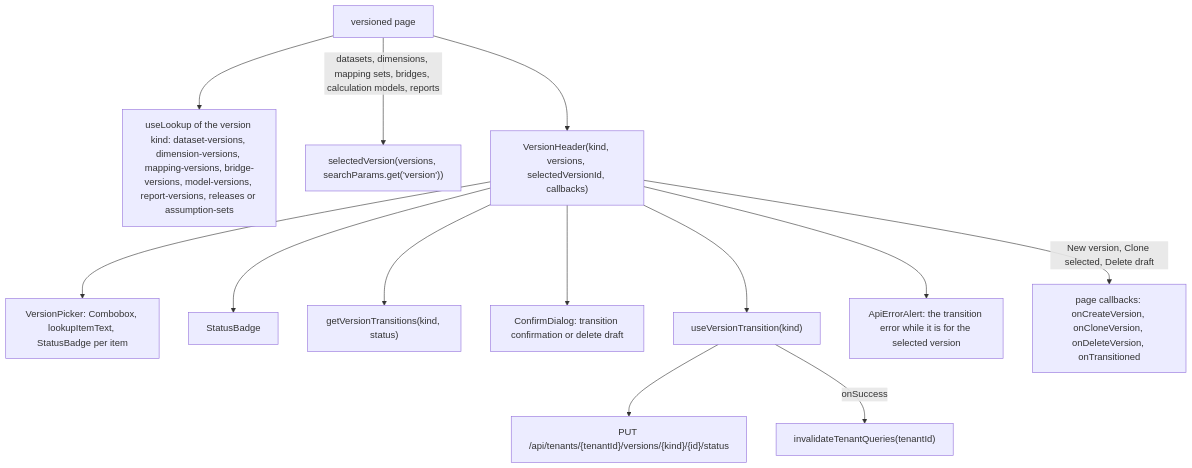
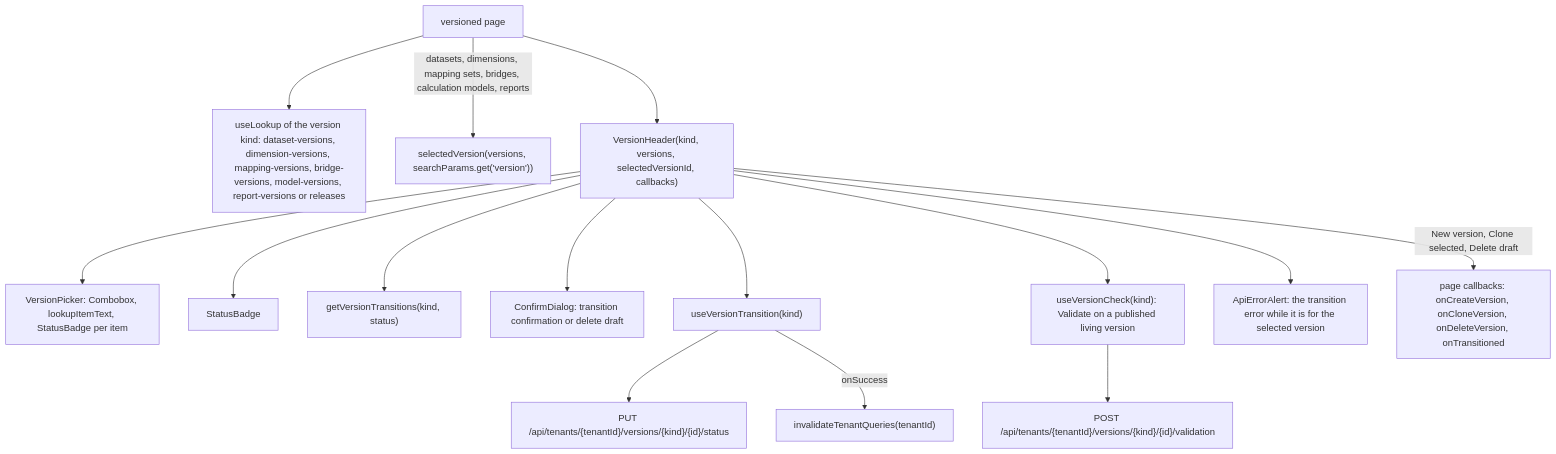
Before and after one commit to chrisaliotta/Quantalytix.QueryEngine.Admin: the sixth of 9 diagrams in web/docs/architecture/03-how-it-works.md, drawn with Mermaid. The commit also changed other lines of this file and 390 other files, not shown here.

First line of the commit message:
feat: enhance API documentation and architecture for versioning and assumption sets

````diff
--- a/web/docs/architecture/03-how-it-works.md
+++ b/web/docs/architecture/03-how-it-works.md
@@ -272,28 +275,32 @@
 ```mermaid
 flowchart TB
     Page["versioned page"]
-    Lookup["useLookup of the version kind: dataset-versions, dimension-versions, mapping-versions, bridge-versions, model-versions, report-versions, releases or assumption-sets"]
+    Lookup["useLookup of the version kind: dataset-versions, dimension-versions, mapping-versions, bridge-versions, model-versions, report-versions or releases"]
     Select["selectedVersion(versions, searchParams.get('version'))"]
     Header["VersionHeader(kind, versions, selectedVersionId, callbacks)"]
     Picker["VersionPicker: Combobox, lookupItemText, StatusBadge per item"]
     Badge["StatusBadge"]
     Transitions["getVersionTransitions(kind, status)"]
     Confirm["ConfirmDialog: transition confirmation or delete draft"]
     Mutation["useVersionTransition(kind)"]
+    Check["useVersionCheck(kind): Validate on a published living version"]
+    CheckPost["POST /api/tenants/{tenantId}/versions/{kind}/{id}/validation"]
     Put["PUT /api/tenants/{tenantId}/versions/{kind}/{id}/status"]
     Invalidate["invalidateTenantQueries(tenantId)"]
     Alert["ApiErrorAlert: the transition error while it is for the selected version"]
     Callbacks["page callbacks: onCreateVersion, onCloneVersion, onDeleteVersion, onTransitioned"]
     Page --> Lookup
     Page -->|"datasets, dimensions, mapping sets, bridges, calculation models, reports"| Select
     Page --> Header
     Header --> Picker
     Header --> Badge
     Header --> Transitions
     Header --> Confirm
     Header --> Mutation
+    Header --> Check
+    Check --> CheckPost
     Header --> Alert
     Header -->|"New version, Clone selected, Delete draft"| Callbacks
     Mutation --> Put
     Mutation -->|"onSuccess"| Invalidate
 ```
````
